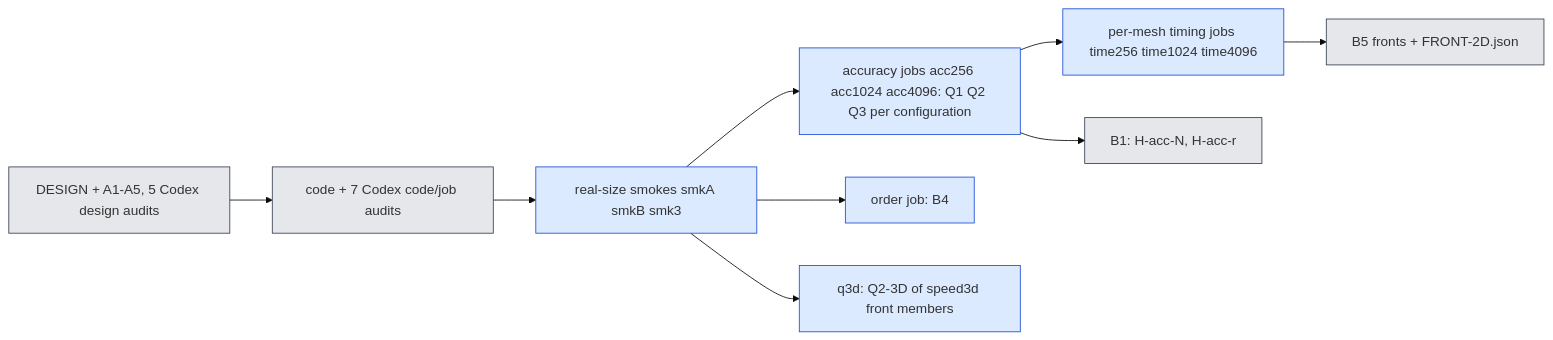
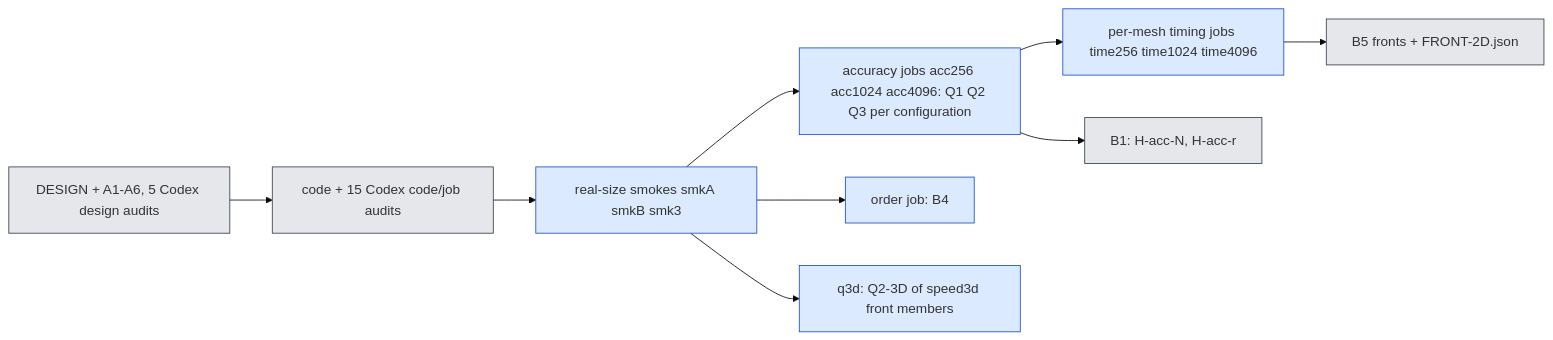
The diagram in experiments/jcp-qualify/report.md (tahmidawal/Tunable-NM-ROM), drawn with Mermaid (base theme) before and after one commit. The commit also changed other lines of this file and 2 other files, not shown here.

````diff
--- a/experiments/jcp-qualify/report.md
+++ b/experiments/jcp-qualify/report.md
@@ -16,11 +30,11 @@
 ```mermaid
 flowchart LR
-  D[DESIGN + A1-A5, 5 Codex design audits]:::doc --> K[code + 7 Codex code/job audits]:::doc --> S[real-size smokes smkA smkB smk3]:::job
+  D[DESIGN + A1-A6, 5 Codex design audits]:::doc --> K[code + 15 Codex code/job audits]:::doc --> S[real-size smokes smkA smkB smk3]:::job
   S --> A[accuracy jobs acc256 acc1024 acc4096: Q1 Q2 Q3 per configuration]:::job --> T[per-mesh timing jobs time256 time1024 time4096]:::job
   S --> O[order job: B4]:::job
   S --> Q[q3d: Q2-3D of speed3d front members]:::job
   A --> B1[B1: H-acc-N, H-acc-r]:::doc
   T --> F[B5 fronts + FRONT-2D.json]:::doc
   classDef doc fill:#e5e7eb,stroke:#374151;
   classDef job fill:#dbeafe,stroke:#1d4ed8;
 ```
````
